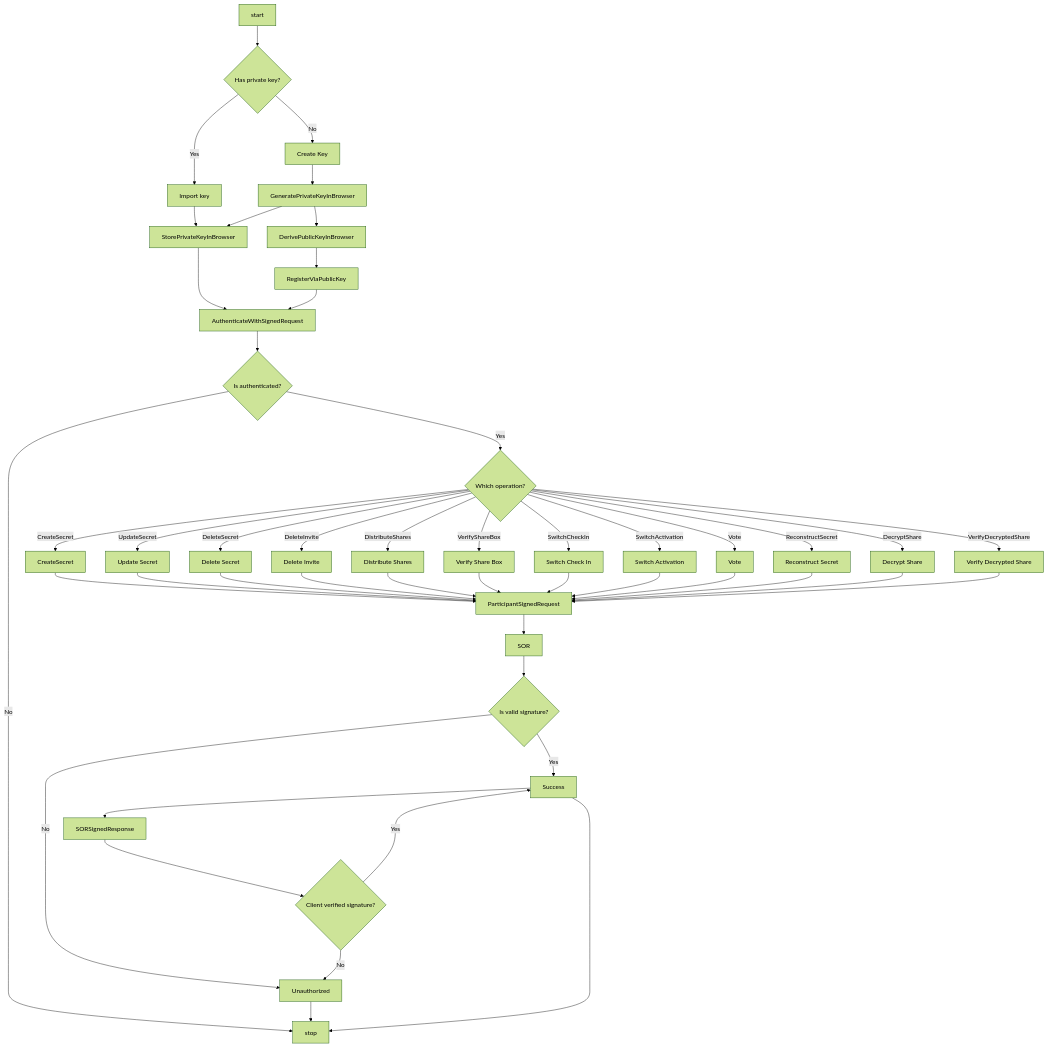
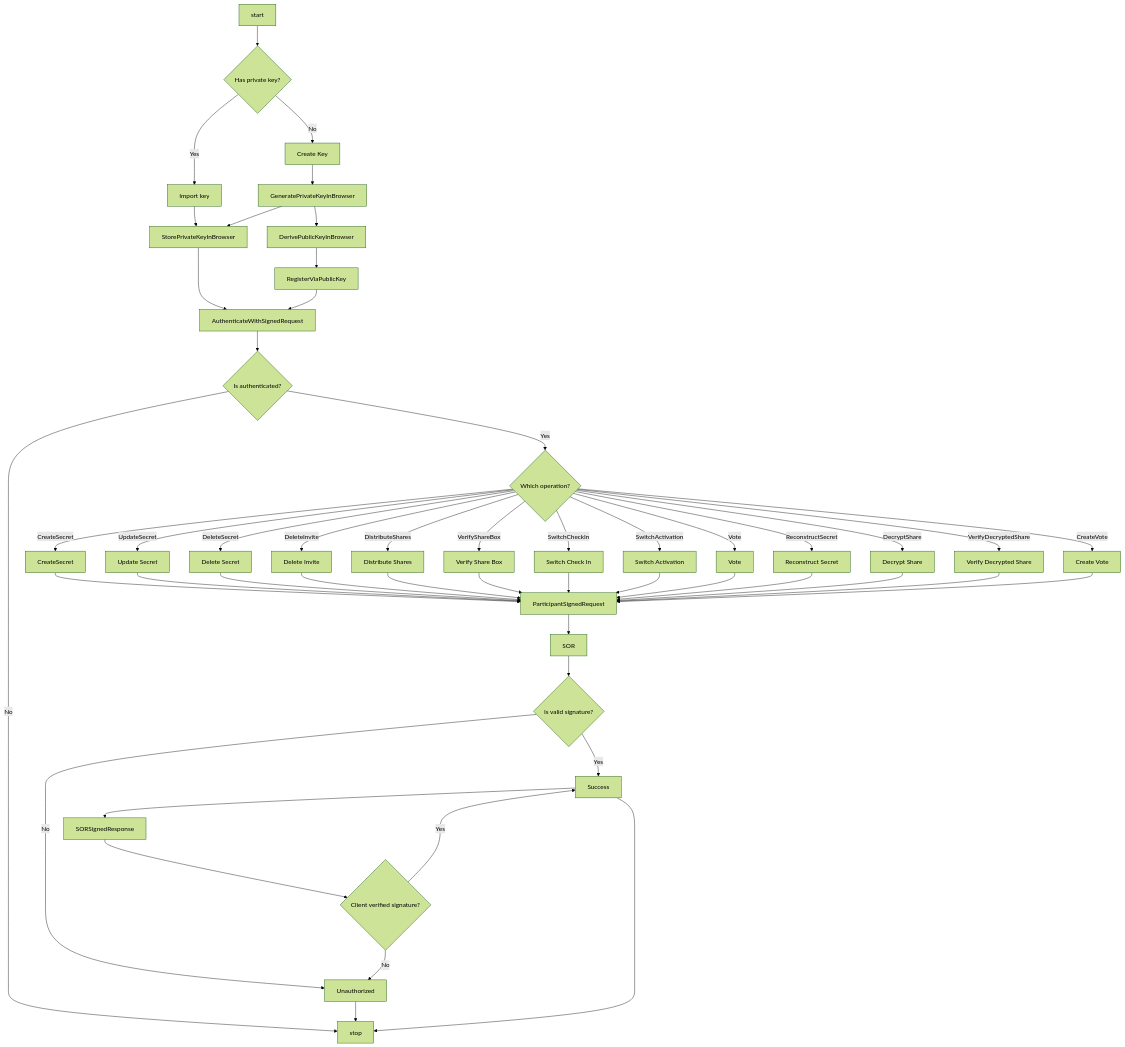
The diagram in protocol/PROTOCOL.md (deadman-wtf/docs), drawn with Mermaid (forest theme) before and after one commit. The commit also changed other lines of this file, not shown here.

````diff
--- a/protocol/PROTOCOL.md
+++ b/protocol/PROTOCOL.md
@@ -36,64 +41,67 @@
 ```mermaid
 flowchart TB
     start -->  keys{Has private key?}
     
     keys -->|Yes| UploadKey[Import key]
     keys -->|No| CreateKey[Create Key]
     UploadKey --> StorePrivateKeyInBrowser
     StorePrivateKeyInBrowser --> AuthenticateWithSignedRequest
     CreateKey --> GeneratePrivateKeyInBrowser
     GeneratePrivateKeyInBrowser --> StorePrivateKeyInBrowser
     GeneratePrivateKeyInBrowser --> DerivePublicKeyInBrowser
     DerivePublicKeyInBrowser --> RegisterViaPublicKey
     RegisterViaPublicKey --> AuthenticateWithSignedRequest
     AuthenticateWithSignedRequest --> authenticated{Is authenticated?}
     authenticated -->|Yes| operation{Which operation?}
     authenticated -->|No| stop
     
     operation --> |CreateSecret| CreateSecret
     CreateSecret --> ParticipantSignedRequest
     
     operation --> |UpdateSecret| UpdateSecret[Update Secret]
     UpdateSecret --> ParticipantSignedRequest
 
     operation --> |DeleteSecret| DeleteSecret[Delete Secret]
     DeleteSecret --> ParticipantSignedRequest
     
     operation --> |DeleteInvite| DeleteInvite[Delete Invite]
     DeleteInvite --> ParticipantSignedRequest
     
     operation --> |DistributeShares| DistributeShares[Distribute Shares]
     DistributeShares --> ParticipantSignedRequest
     
     operation --> |VerifyShareBox| VerifyShareBox[Verify Share Box]
     VerifyShareBox --> ParticipantSignedRequest
     
     operation --> |SwitchCheckIn| SwitchCheckIn[Switch Check In]
     SwitchCheckIn --> ParticipantSignedRequest
     
     operation --> |SwitchActivation| SwitchActivation[Switch Activation]
     SwitchActivation --> ParticipantSignedRequest
     
     operation --> |Vote| Vote[Vote]
     Vote --> ParticipantSignedRequest
     
     operation --> |ReconstructSecret| ReconstructSecret[Reconstruct Secret]
     ReconstructSecret --> ParticipantSignedRequest
     
     operation --> |DecryptShare| DecryptShare[Decrypt Share]
     DecryptShare --> ParticipantSignedRequest
 
     operation --> |VerifyDecryptedShare| VerifyDecryptedShare[Verify Decrypted Share]
     VerifyDecryptedShare --> ParticipantSignedRequest
 
+    operation --> |CreateVote| CreateVote[Create Vote]
+    CreateVote --> ParticipantSignedRequest
+
     ParticipantSignedRequest --> SOR
     SOR --> validsignature{Is valid signature?}
     validsignature -->|Yes| Success[Success]
     validsignature -->|No| Unauthorized[Unauthorized]
     Success --> SORSignedResponse
     SORSignedResponse --> clientvalidsignature{Client verified signature?}
     clientvalidsignature -->|Yes| Success[Success]
     clientvalidsignature -->|No| Unauthorized
     Unauthorized --> stop
     Success --> stop
 ```
````
